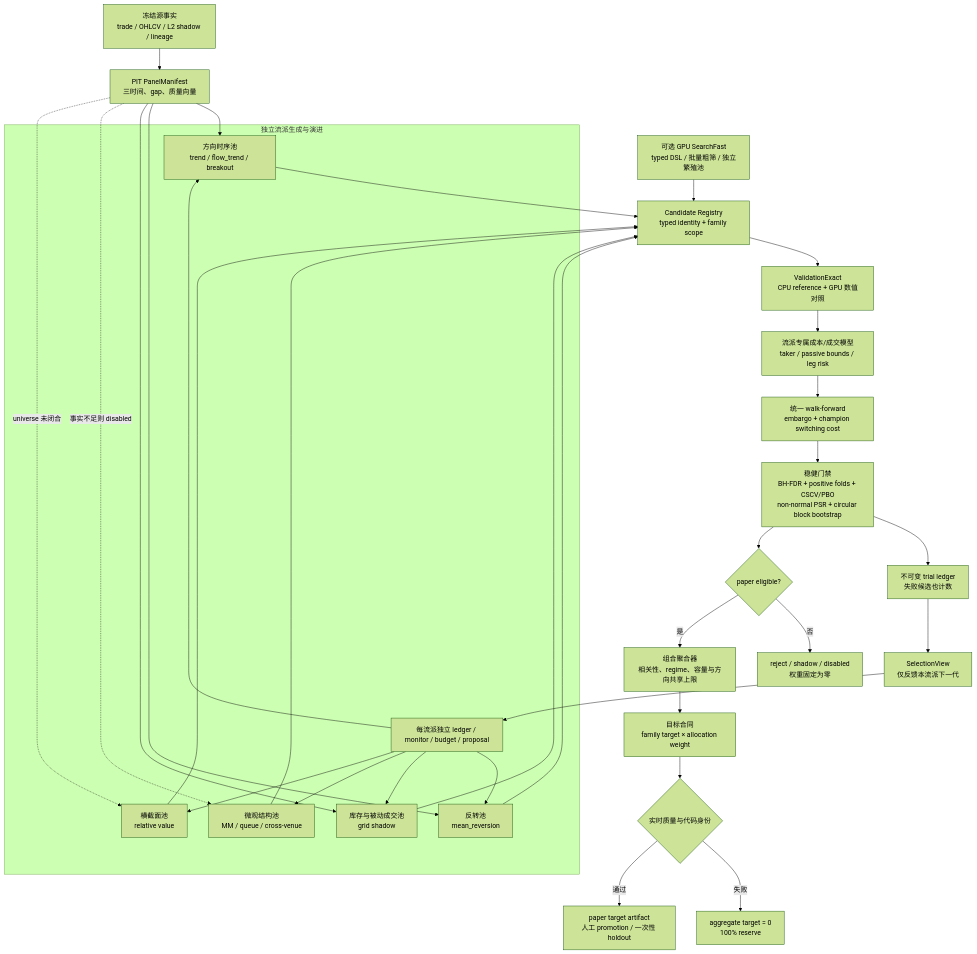
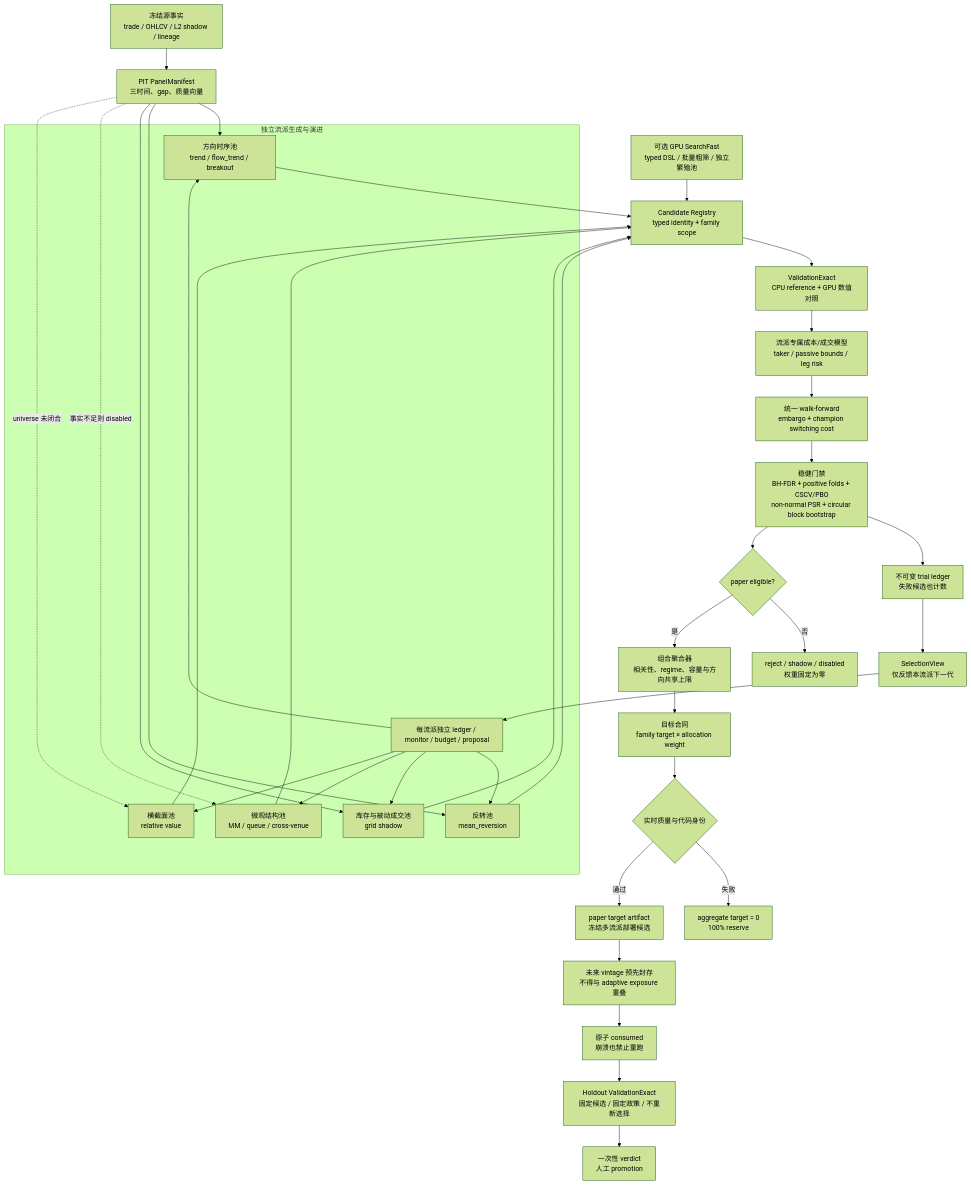
One commit to tomesakai/guvolu changed the diagram in docs/strategy-research.md. Above: the diagram before and after it, drawn with Mermaid (forest theme). The commit also changed other lines of this file and 9 other files, not shown here.

````diff
--- a/docs/strategy-research.md
+++ b/docs/strategy-research.md
@@ -254,53 +276,57 @@
 ```mermaid
 flowchart TB
     raw["冻结源事实<br/>trade / OHLCV / L2 shadow / lineage"]
     pit["PIT PanelManifest<br/>三时间、gap、质量向量"]
     raw --> pit
 
     subgraph generation["独立流派生成与演进"]
         direction["方向时序池<br/>trend / flow_trend / breakout"]
         reversion["反转池<br/>mean_reversion"]
         grid["库存与被动成交池<br/>grid shadow"]
         micro["微观结构池<br/>MM / queue / cross-venue"]
         cross["横截面池<br/>relative value"]
         monitors["每流派独立 ledger / monitor / budget / proposal"]
         monitors --> direction
         monitors --> reversion
         monitors --> grid
         monitors --> micro
         monitors --> cross
     end
 
     pit --> direction
     pit --> reversion
     pit --> grid
     pit -. "事实不足则 disabled" .-> micro
     pit -. "universe 未闭合" .-> cross
 
     registry["Candidate Registry<br/>typed identity + family scope"]
     direction --> registry
     reversion --> registry
     grid --> registry
     micro --> registry
     cross --> registry
 
     gpu["可选 GPU SearchFast<br/>typed DSL / 批量粗筛 / 独立繁殖池"]
     gpu --> registry
 
     exact["ValidationExact<br/>CPU reference + GPU 数值对照"]
     registry --> exact
     exact --> cost["流派专属成本/成交模型<br/>taker / passive bounds / leg risk"]
     cost --> wf["统一 walk-forward<br/>embargo + champion switching cost"]
     wf --> robust["稳健门禁<br/>BH-FDR + positive folds + CSCV/PBO<br/>non-normal PSR + circular block bootstrap"]
     robust --> ledger["不可变 trial ledger<br/>失败候选也计数"]
     ledger --> evolution["SelectionView<br/>仅反馈本流派下一代"]
     evolution --> monitors
 
     robust --> eligible{"paper eligible?"}
     eligible -- "否" --> reject["reject / shadow / disabled<br/>权重固定为零"]
     eligible -- "是" --> aggregate["组合聚合器<br/>相关性、regime、容量与方向共享上限"]
     aggregate --> contract["目标合同<br/>family target × allocation weight"]
     contract --> quality{"实时质量与代码身份"}
     quality -- "失败" --> flat["aggregate target = 0<br/>100% reserve"]
-    quality -- "通过" --> paper["paper target artifact<br/>人工 promotion / 一次性 holdout"]
+    quality -- "通过" --> paper["paper target artifact<br/>冻结多流派部署候选"]
+    paper --> sealed["未来 vintage 预先封存<br/>不得与 adaptive exposure 重叠"]
+    sealed --> consume["原子 consumed<br/>崩溃也禁止重跑"]
+    consume --> holdout["Holdout ValidationExact<br/>固定候选 / 固定政策 / 不重新选择"]
+    holdout --> promotion["一次性 verdict<br/>人工 promotion"]
 ```
````
